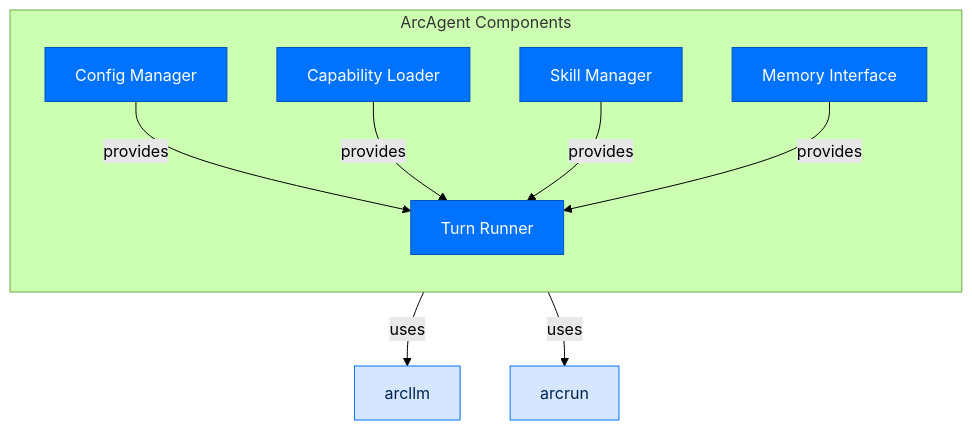
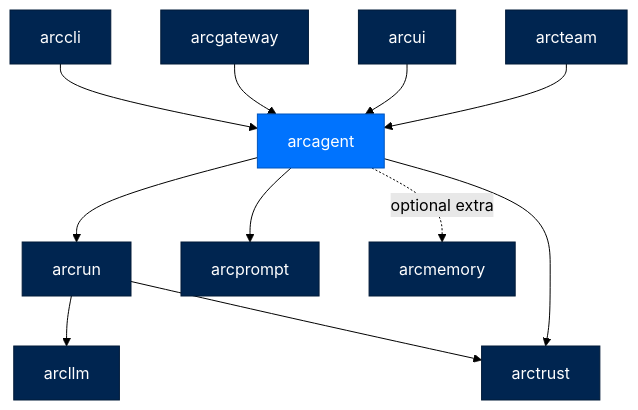
The second of 5 diagrams in docs/building/packages/arcagent.md (joshuamschultz/Arc), drawn with Mermaid (forest theme) before and after one commit. The commit also changed other lines of this file and 7 other files, not shown here.

````diff
--- a/docs/building/packages/arcagent.md
+++ b/docs/building/packages/arcagent.md
@@ -37,21 +116,16 @@
 ```mermaid
 flowchart TB
     classDef comp fill:#0073FE,stroke:#0055BC,color:#FFFFFF
-    classDef data fill:#D6E6FF,stroke:#0073FE,color:#002550
+    classDef dep fill:#002550,stroke:#001A38,color:#FFFFFF
 
-    subgraph "ArcAgent Components"
-        direction TB
-        Config[Config Manager]:::comp
-        Caps[Capability Loader]:::comp
-        Skills[Skill Manager]:::comp
-        Runner[Turn Runner]:::comp
-        Memory[Memory Interface]:::comp
-    end
-
-    Config -->|provides| Runner
-    Caps -->|provides| Runner
-    Skills -->|provides| Runner
-    Memory -->|provides| Runner
-    Runner -->|uses| arcllm[arcllm]:::data
-    Runner -->|uses| arcrun[arcrun]:::data
+    CLI[arccli]:::dep --> AG
+    GW[arcgateway]:::dep --> AG
+    UI[arcui]:::dep --> AG
+    TEAM[arcteam]:::dep --> AG
+    AG[arcagent]:::comp --> RUN[arcrun]:::dep
+    AG --> PROMPT[arcprompt]:::dep
+    AG -.optional extra.-> MEM[arcmemory]:::dep
+    AG --> TRUST[arctrust]:::dep
+    RUN --> LLM[arcllm]:::dep
+    RUN --> TRUST
 ```
````
